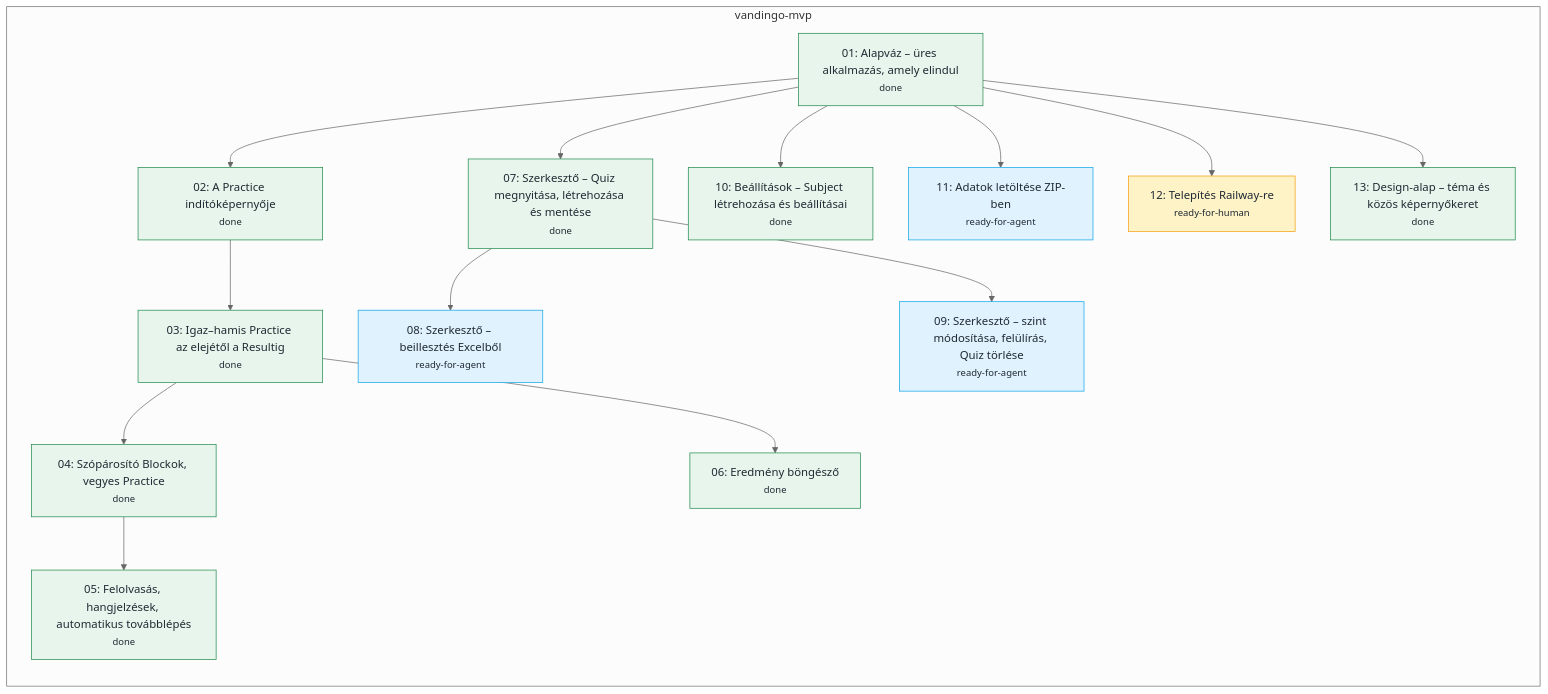
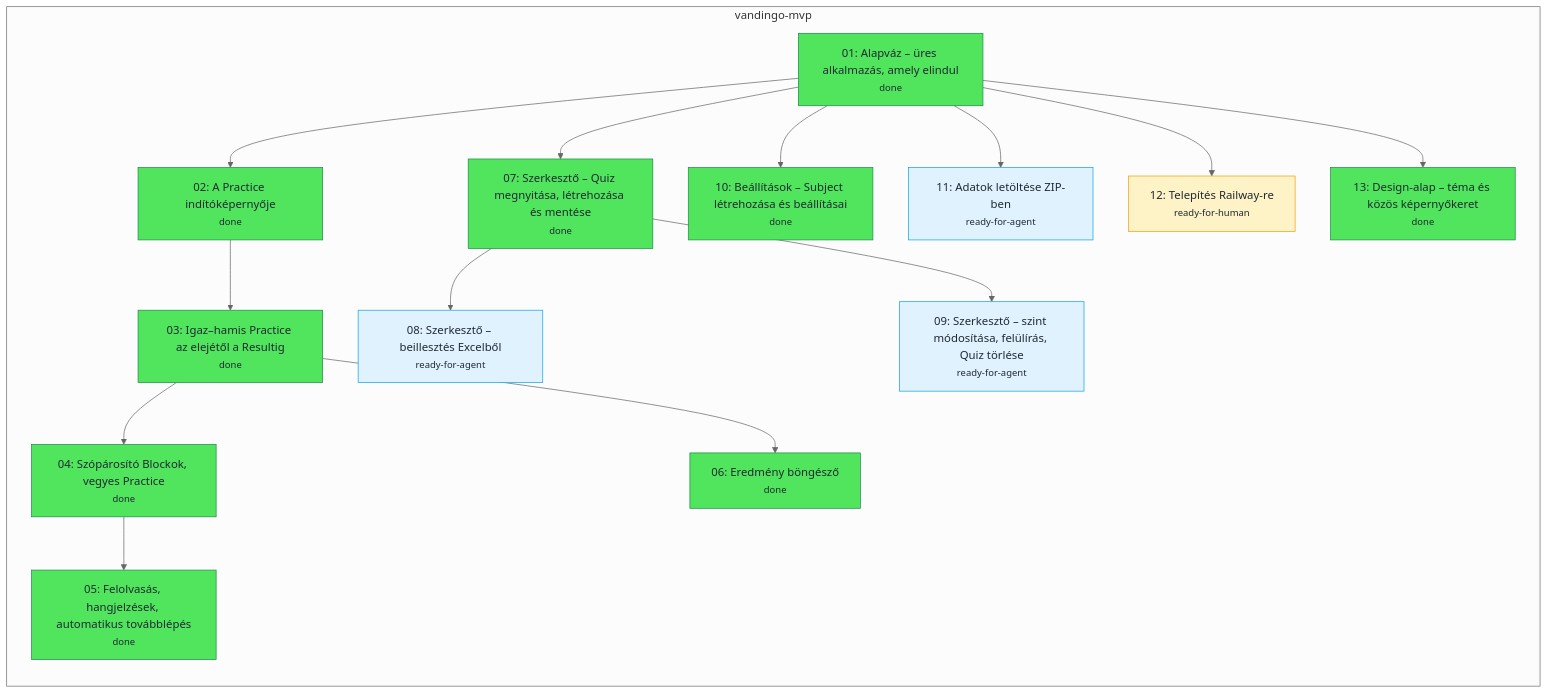
The diagram in .scratch/tickets.mmd (nagyandor76/Vandingo), drawn with Mermaid (neutral theme) before and after one commit. The commit also changed 1 other file, not shown here.

Commit message:
ticket-ek mermaid-ban c# scripts

```diff
--- a/.scratch/tickets.mmd
+++ b/.scratch/tickets.mmd
@@ -1,34 +1,34 @@
 flowchart LR
   subgraph vandingo_mvp_feature["vandingo-mvp"]
     vandingo_mvp_1["01: Alapváz – üres alkalmazás, amely elindul<br/><small>done</small>"]:::done
     vandingo_mvp_2["02: A Practice indítóképernyője<br/><small>done</small>"]:::done
     vandingo_mvp_3["03: Igaz–hamis Practice az elejétől a Resultig<br/><small>done</small>"]:::done
     vandingo_mvp_4["04: Szópárosító Blockok, vegyes Practice<br/><small>done</small>"]:::done
     vandingo_mvp_5["05: Felolvasás, hangjelzések, automatikus továbblépés<br/><small>done</small>"]:::done
     vandingo_mvp_6["06: Eredmény böngésző<br/><small>done</small>"]:::done
     vandingo_mvp_7["07: Szerkesztő – Quiz megnyitása, létrehozása és mentése<br/><small>done</small>"]:::done
     vandingo_mvp_8["08: Szerkesztő – beillesztés Excelből<br/><small>ready-for-agent</small>"]:::ready_for_agent
     vandingo_mvp_9["09: Szerkesztő – szint módosítása, felülírás, Quiz törlése<br/><small>ready-for-agent</small>"]:::ready_for_agent
     vandingo_mvp_10["10: Beállítások – Subject létrehozása és beállításai<br/><small>done</small>"]:::done
     vandingo_mvp_11["11: Adatok letöltése ZIP-ben<br/><small>ready-for-agent</small>"]:::ready_for_agent
     vandingo_mvp_12["12: Telepítés Railway-re<br/><small>ready-for-human</small>"]:::ready_for_human
     vandingo_mvp_13["13: Design-alap – téma és közös képernyőkeret<br/><small>done</small>"]:::done
   end
   vandingo_mvp_1 --> vandingo_mvp_2
   vandingo_mvp_2 --> vandingo_mvp_3
   vandingo_mvp_3 --> vandingo_mvp_4
   vandingo_mvp_4 --> vandingo_mvp_5
   vandingo_mvp_3 --> vandingo_mvp_6
   vandingo_mvp_1 --> vandingo_mvp_7
   vandingo_mvp_7 --> vandingo_mvp_8
   vandingo_mvp_7 --> vandingo_mvp_9
   vandingo_mvp_1 --> vandingo_mvp_10
   vandingo_mvp_1 --> vandingo_mvp_11
   vandingo_mvp_1 --> vandingo_mvp_12
   vandingo_mvp_1 --> vandingo_mvp_13
-  classDef done fill:#e8f5ec,stroke:#1f8a4c,color:#1f2933
+  classDef done fill:#50e55c,stroke:#1f8a4c,color:#1f2933
   classDef ready_for_agent fill:#e0f2fe,stroke:#0ea5e9,color:#1f2933
   classDef ready_for_human fill:#fef3c7,stroke:#f59e0b,color:#1f2933
   classDef needs_triage fill:#f3f4f6,stroke:#6b7480,color:#1f2933
   classDef needs_info fill:#fbecea,stroke:#c2413b,color:#1f2933
   classDef wontfix fill:#f3f4f6,stroke:#9ca3af,color:#6b7480,stroke-dasharray:4
```
